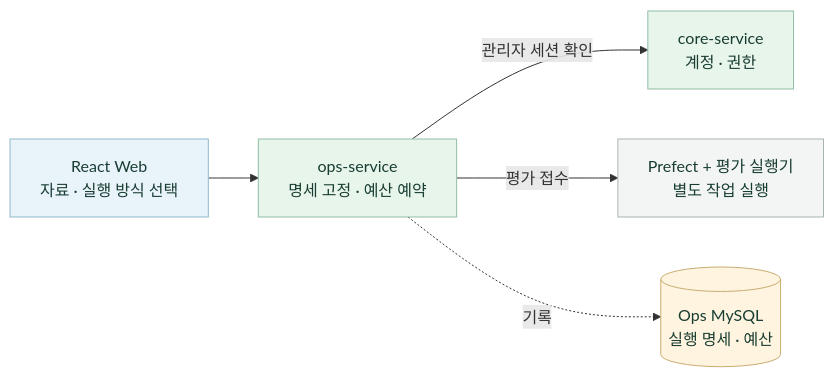
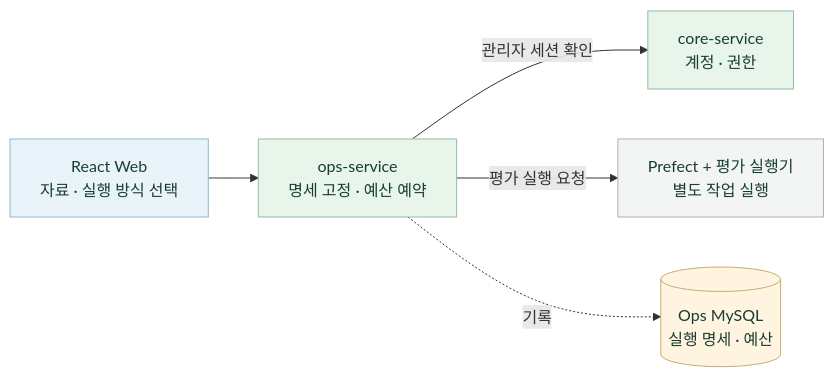
One commit to 20220348-kim/SKN34-4th-1Team changed diagram 19 of 21 in README.md. Above: the diagram before and after it, drawn with Mermaid. The commit also changed other lines of this file, not shown here.

````diff
--- a/README.md
+++ b/README.md
@@ -680,15 +680,15 @@
 ```mermaid
 flowchart LR
     Admin["React Web<br/>자료 · 실행 방식 선택"] --> Ops["ops-service<br/>명세 고정 · 예산 예약"]
     Ops -->|관리자 세션 확인| Core["core-service<br/>계정 · 권한"]
-    Ops -->|평가 접수| Runner["Prefect + 평가 실행기<br/>별도 작업 실행"]
+    Ops -->|평가 실행 요청| Runner["Prefect + 평가 실행기<br/>별도 작업 실행"]
     Ops -. 기록 .-> OpsDB[("Ops MySQL<br/>실행 명세 · 예산")]
     classDef client fill:#e8f3fa,stroke:#91b9cd,color:#183d32
     classDef service fill:#e7f5eb,stroke:#92bda6,color:#183d32
     classDef execution fill:#f3f5f4,stroke:#a8b5af,color:#183d32
     classDef mysql fill:#fff4df,stroke:#c8ad72,color:#183d32
     class Admin client
     class Ops,Core service
     class Runner execution
     class OpsDB mysql
 ```
````
